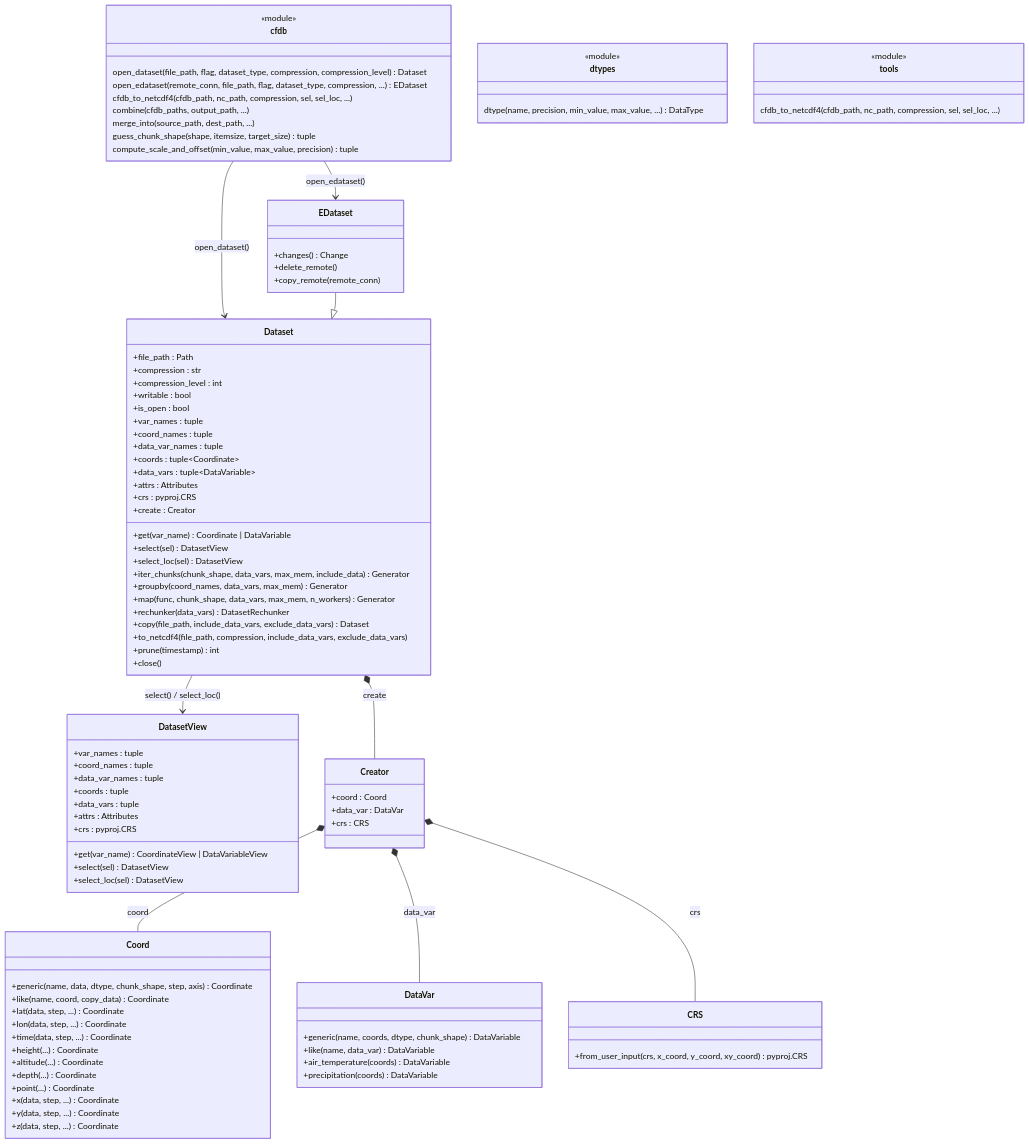
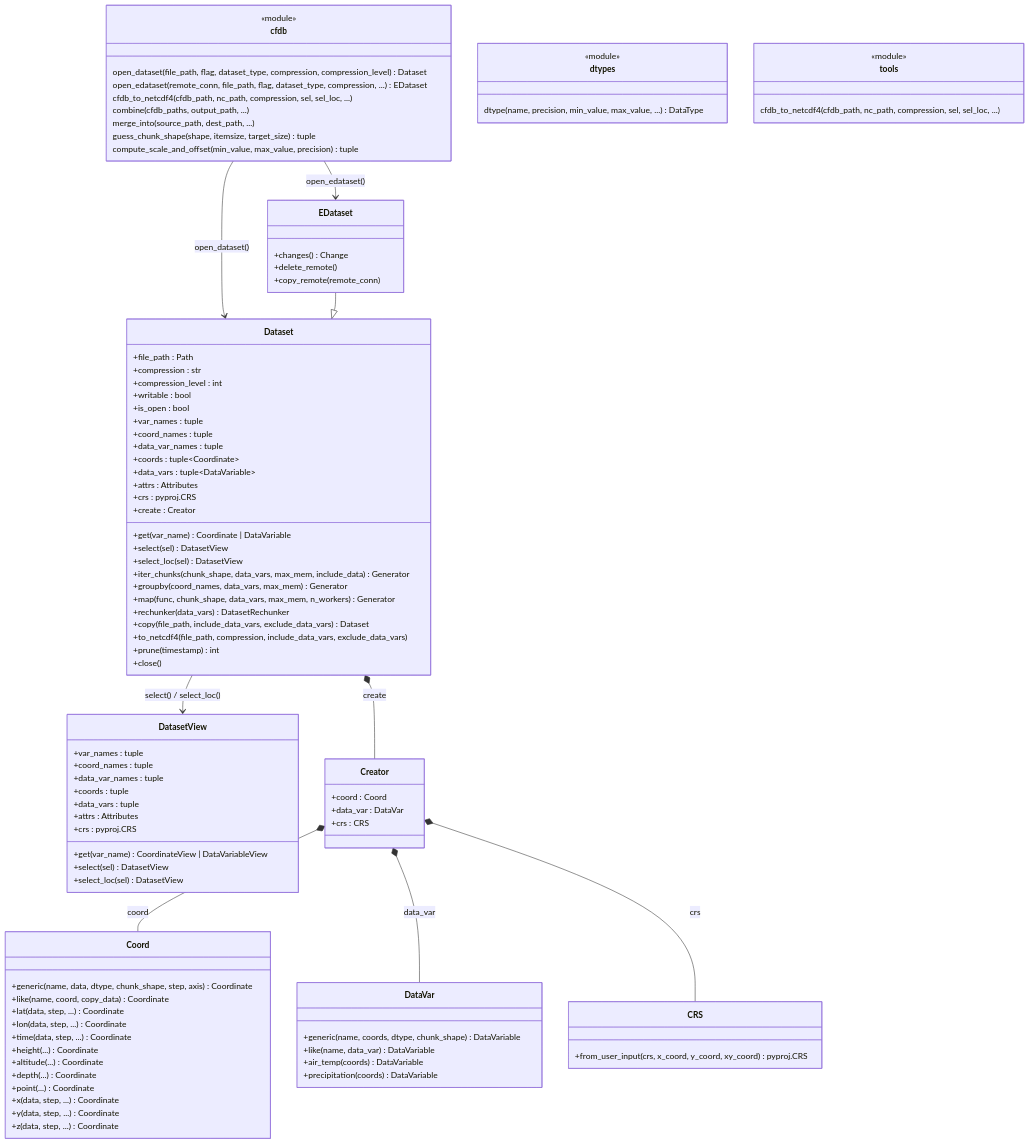
The first of 3 diagrams in docs/concepts/architecture.md (mullenkamp/cfdb), drawn with Mermaid before and after one commit. The commit also changed other lines of this file and 19 other files, not shown here.

```diff
--- a/docs/concepts/architecture.md
+++ b/docs/concepts/architecture.md
@@ -125,7 +125,7 @@
     class DataVar {
         +generic(name, coords, dtype, chunk_shape) DataVariable
         +like(name, data_var) DataVariable
-        +air_temperature(coords) DataVariable
+        +air_temp(coords) DataVariable
         +precipitation(coords) DataVariable
     }
 
```
